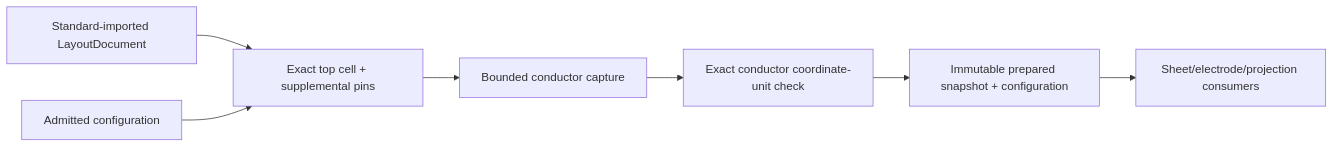
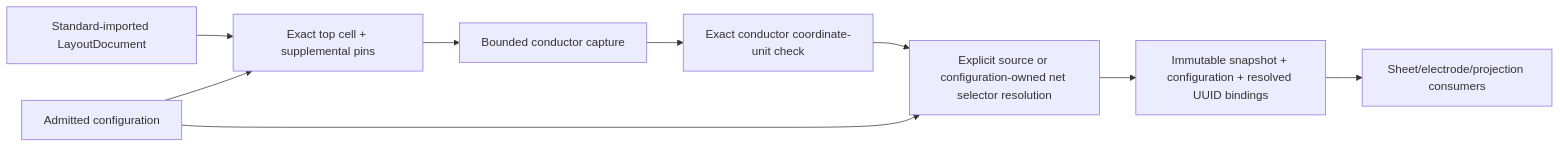
The diagram in Sources/PEXNative/InputPreparation/DESIGN.md (1amageek/PEXEngine), drawn with Mermaid before and after one commit. The commit also changed other lines of this file and 15 other files, not shown here.

Commit message:
Bind durable native PEX configuration to source semantics

````diff
--- a/Sources/PEXNative/InputPreparation/DESIGN.md
+++ b/Sources/PEXNative/InputPreparation/DESIGN.md
@@ -21,9 +22,11 @@
 ```mermaid
 flowchart LR
   Standard[Standard-imported LayoutDocument] --> Prepare[Exact top cell + supplemental pins]
   Config[Admitted configuration] --> Prepare
   Prepare --> Capture[Bounded conductor capture]
   Capture --> Units[Exact conductor coordinate-unit check]
-  Units --> Prepared[Immutable prepared snapshot + configuration]
+  Units --> Resolve[Explicit source or configuration-owned net selector resolution]
+  Config --> Resolve
+  Resolve --> Prepared[Immutable snapshot + configuration + resolved UUID bindings]
   Prepared --> Calculation[Sheet/electrode/projection consumers]
 ```
````
